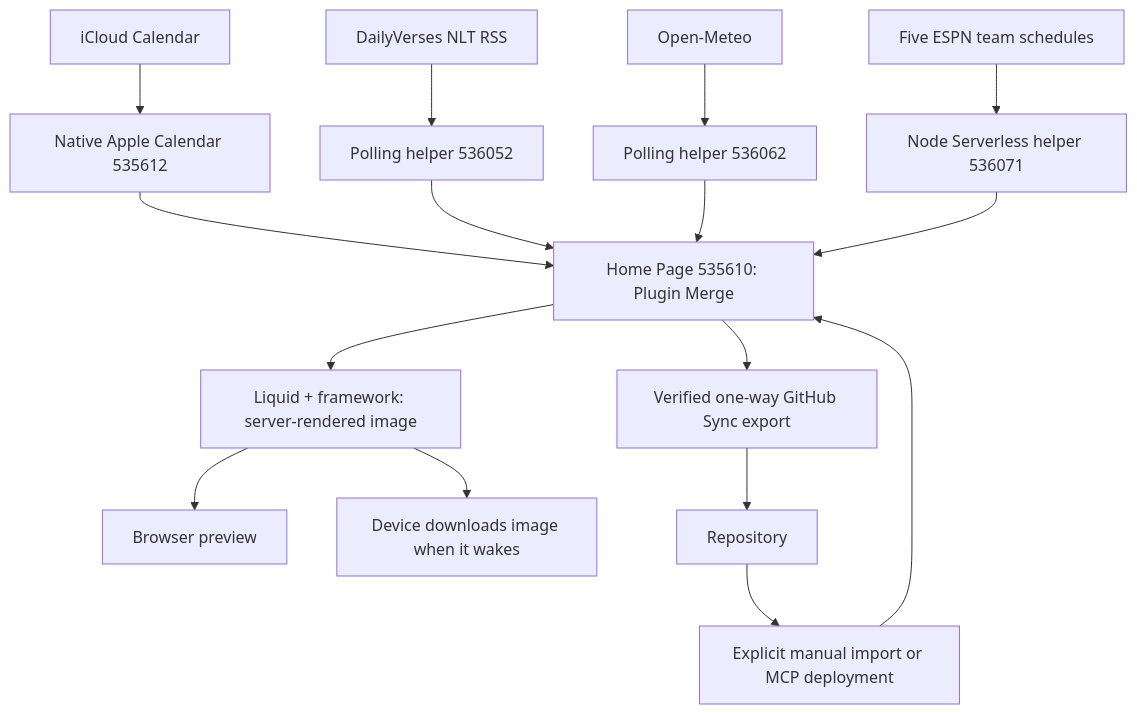
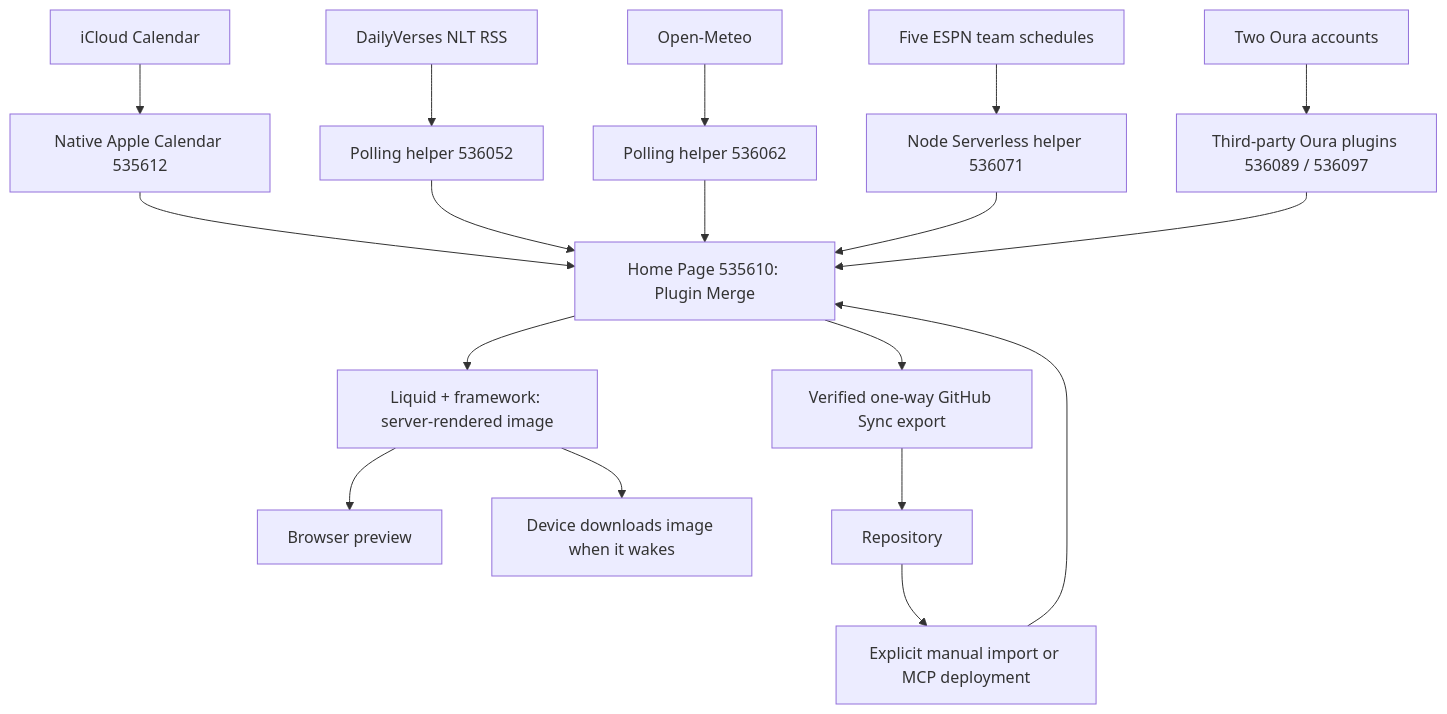
The diagram in docs/ARCHITECTURE.md (stuartalvey/trmnl), drawn with Mermaid before and after one commit. The commit also changed other lines of this file and 5 other files, not shown here.

````diff
--- a/docs/ARCHITECTURE.md
+++ b/docs/ARCHITECTURE.md
@@ -20,18 +20,20 @@
 ```mermaid
 flowchart TD
   Apple[iCloud Calendar] --> Native[Native Apple Calendar 535612]
   Verse[DailyVerses NLT RSS] --> V[Polling helper 536052]
   Weather[Open-Meteo] --> W[Polling helper 536062]
   ESPN[Five ESPN team schedules] --> S[Node Serverless helper 536071]
   Native --> Home[Home Page 535610: Plugin Merge]
   V --> Home
   W --> Home
   S --> Home
+  Oura[Two Oura accounts] --> O[Third-party Oura plugins 536089 / 536097]
+  O --> Home
   Home --> Render[Liquid + framework: server-rendered image]
   Render --> Preview[Browser preview]
   Render --> Device[Device downloads image when it wakes]
   Home --> Export[Verified one-way GitHub Sync export]
   Export --> Git[Repository]
   Git --> Manual[Explicit manual import or MCP deployment]
   Manual --> Home
 ```
````
